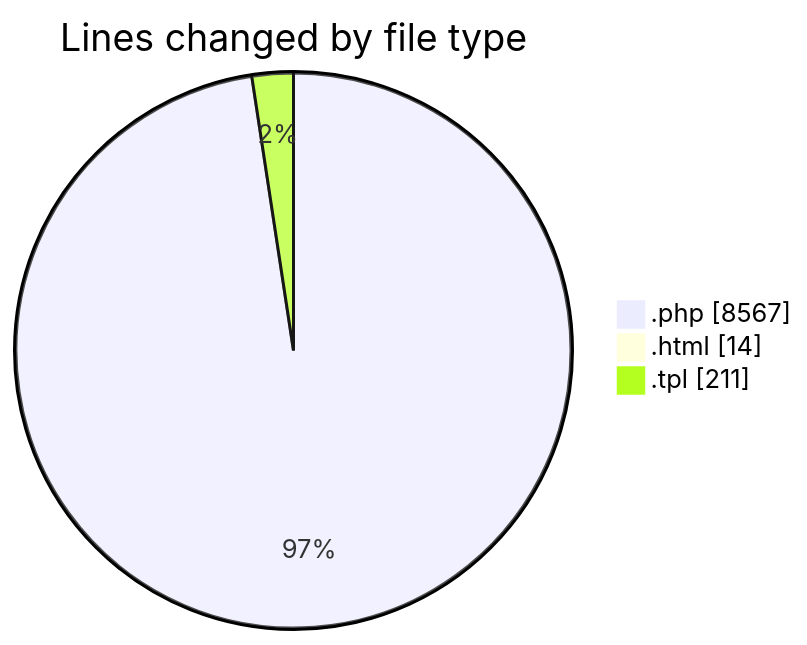
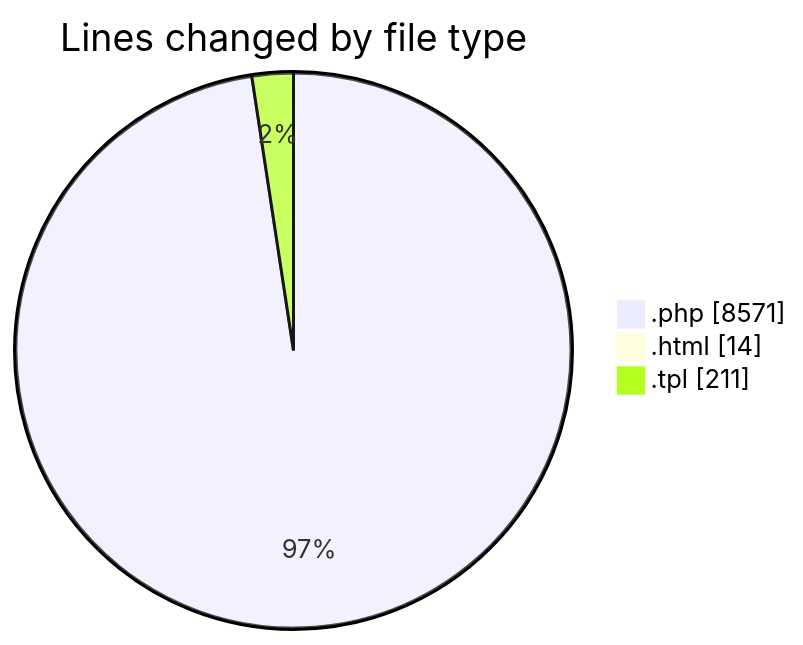
Before and after one commit to vahidmafi/code-tracking: the first of 2 diagrams in 2025-09-13/shop/README.md, drawn with Mermaid. The commit also changed other lines of this file and 1 other file, not shown here.

````diff
--- a/2025-09-13/shop/README.md
+++ b/2025-09-13/shop/README.md
@@ -26,7 +26,7 @@
 ```mermaid
 pie showData
 title Lines changed by file type
-".php" : 8567
+".php" : 8571
 ".html" : 14
 ".tpl" : 211
 ```
````
